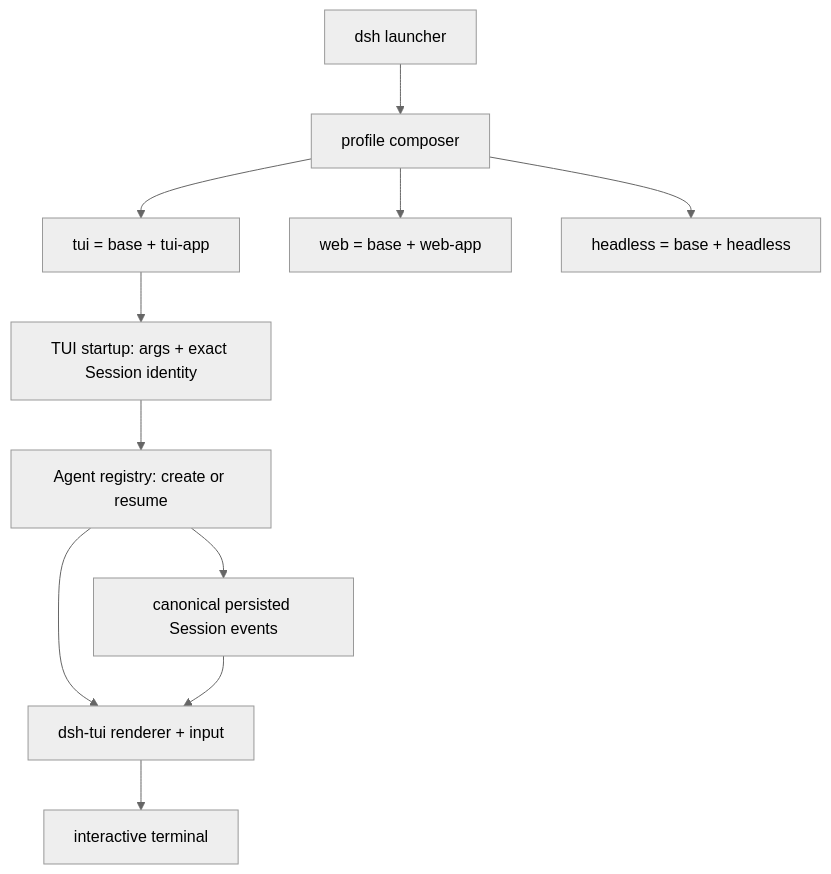
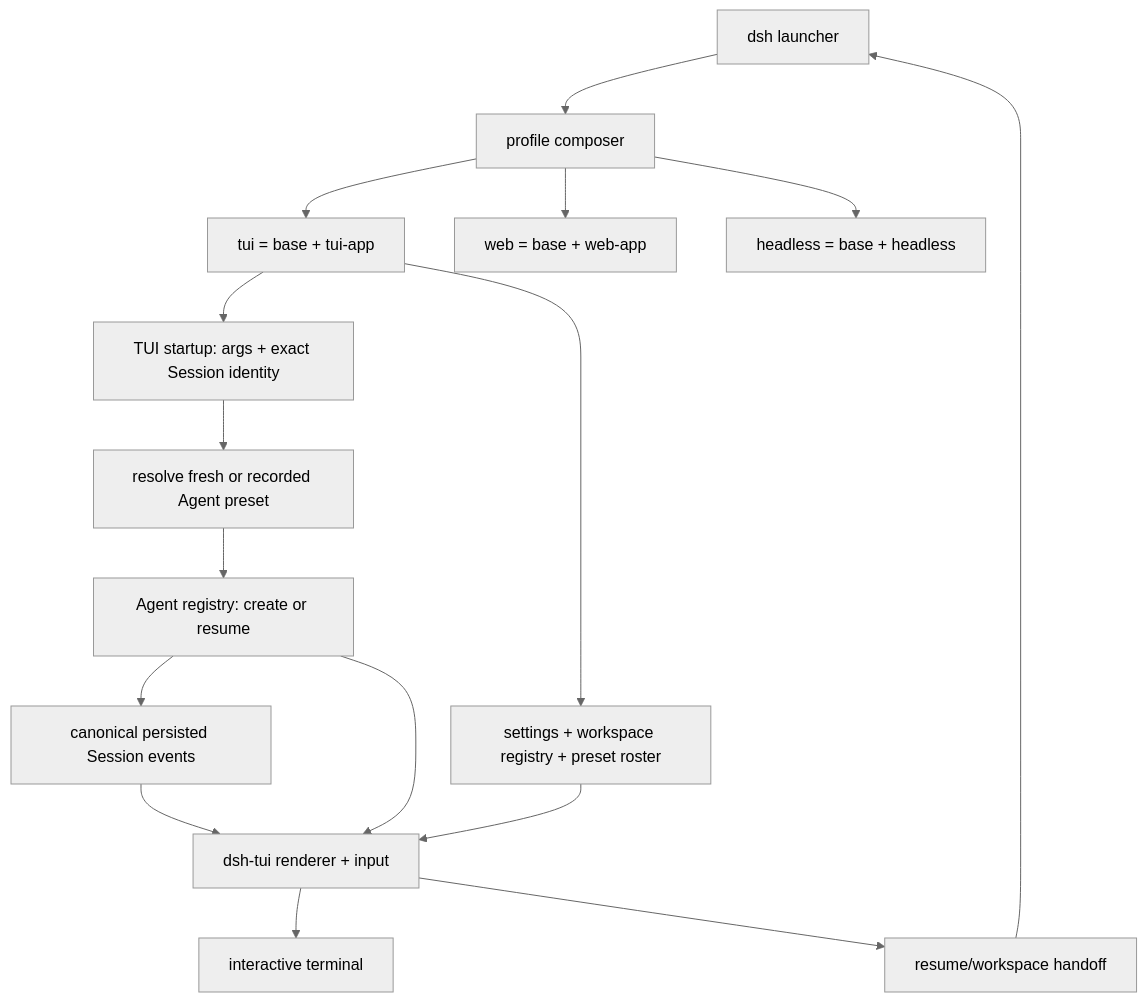
Before and after one commit to peiyuwang54/deepseek-harness-cli: the diagram in README.md, drawn with Mermaid (neutral theme). The commit also changed other lines of this file and 92 other files, not shown here.

````diff
--- a/README.md
+++ b/README.md
@@ -146,13 +154,18 @@
 ```mermaid
 flowchart TD
   CLI["dsh launcher"] --> Composer["profile composer"]
   Composer --> TUIProfile["tui = base + tui-app"]
   Composer --> WebProfile["web = base + web-app"]
   Composer --> HeadlessProfile["headless = base + headless"]
   TUIProfile --> Startup["TUI startup: args + exact Session identity"]
-  Startup --> Registry["Agent registry: create or resume"]
+  TUIProfile --> HostServices["settings + workspace registry + preset roster"]
+  Startup --> Preset["resolve fresh or recorded Agent preset"]
+  Preset --> Registry["Agent registry: create or resume"]
   Registry --> Session["canonical persisted Session events"]
   Registry --> Renderer["dsh-tui renderer + input"]
+  HostServices --> Renderer
   Session --> Renderer
   Renderer --> Terminal["interactive terminal"]
+  Renderer --> Handoff["resume/workspace handoff"]
+  Handoff --> CLI
 ```
````
